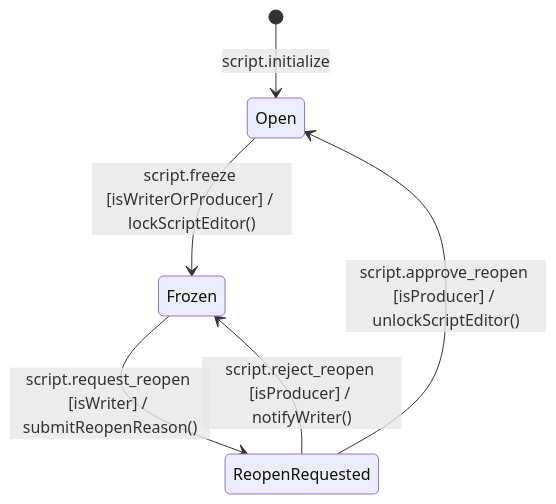
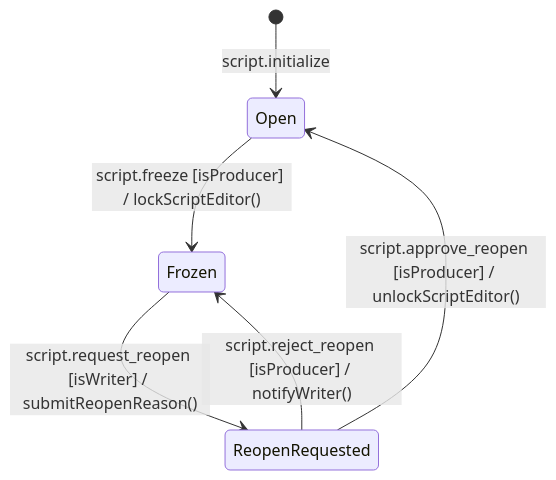
Before and after one commit to tkiennt/panelforge-hubs: the second of 4 diagrams in docs/standards/PanelForge_State_Machine_Naming_Standards.md, drawn with Mermaid. The commit also changed other lines of this file and 19 other files, not shown here.

Commit message:
docs(ssot): align all specifications, standards, architecture, and plans with V2.6 Final

````diff
--- a/docs/standards/PanelForge_State_Machine_Naming_Standards.md
+++ b/docs/standards/PanelForge_State_Machine_Naming_Standards.md
@@ -200,8 +203,8 @@
 ```mermaid
 stateDiagram-v2
     [*] --> Open: script.initialize
-    Open --> Frozen: script.freeze [isWriterOrProducer] / lockScriptEditor()
+    Open --> Frozen: script.freeze [isProducer] / lockScriptEditor()
     Frozen --> ReopenRequested: script.request_reopen [isWriter] / submitReopenReason()
     ReopenRequested --> Open: script.approve_reopen [isProducer] / unlockScriptEditor()
     ReopenRequested --> Frozen: script.reject_reopen [isProducer] / notifyWriter()
 ```
````
